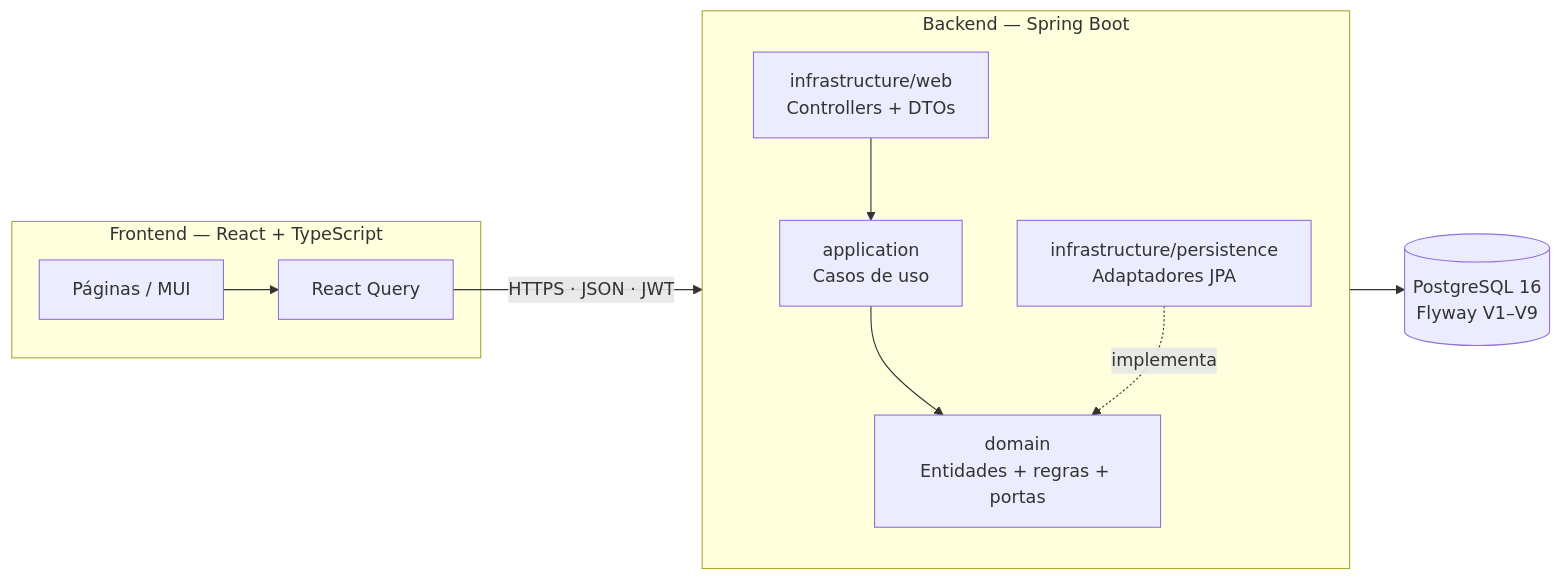
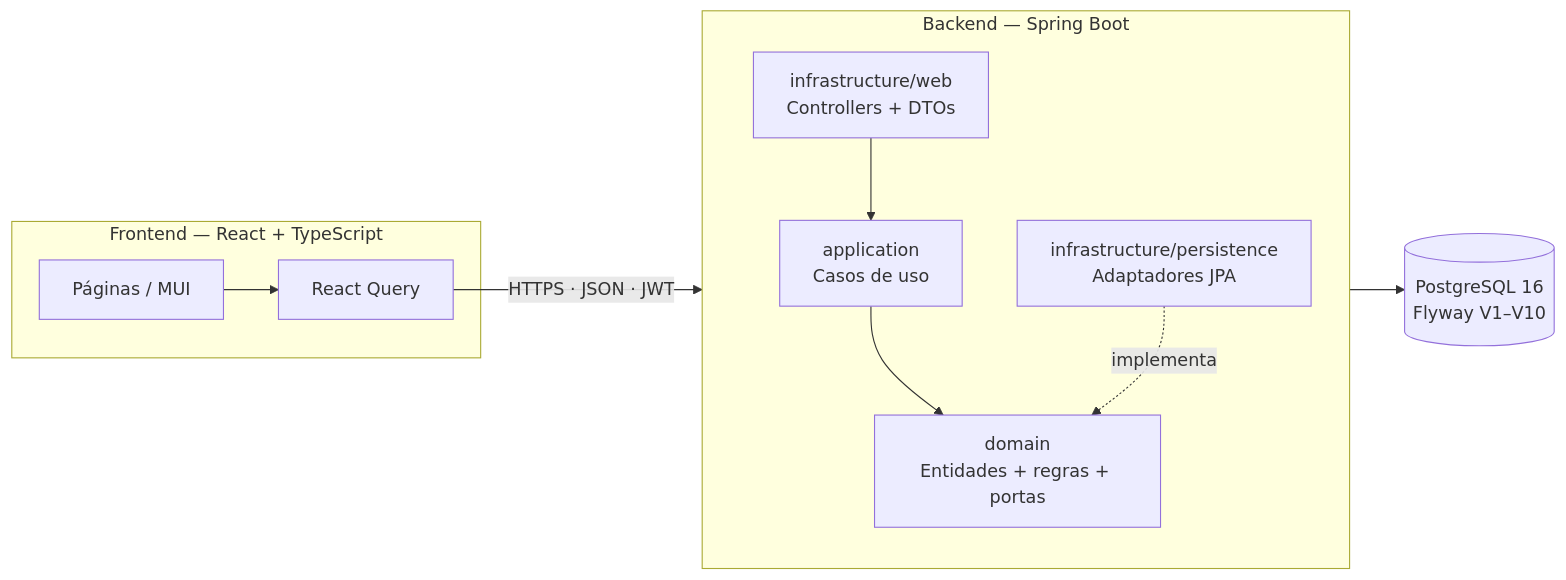
Before and after one commit to Krsoliveira/pcp-inteligente-producao: the first of 2 diagrams in README.md, drawn with Mermaid. The commit also changed other lines of this file and 52 other files, not shown here.

````diff
--- a/README.md
+++ b/README.md
@@ -81,14 +84,14 @@
 ```mermaid
 flowchart LR
     subgraph Frontend["Frontend — React + TypeScript"]
         UI[Páginas / MUI] --> RQ[React Query]
     end
     subgraph Backend["Backend — Spring Boot"]
         direction TB
         WEB[infrastructure/web<br/>Controllers + DTOs] --> APP[application<br/>Casos de uso]
         APP --> DOM[domain<br/>Entidades + regras + portas]
         JPA[infrastructure/persistence<br/>Adaptadores JPA] -. implementa .-> DOM
     end
     RQ -->|HTTPS · JSON · JWT| WEB
-    JPA --> DB[(PostgreSQL 16<br/>Flyway V1–V9)]
+    JPA --> DB[(PostgreSQL 16<br/>Flyway V1–V10)]
 ```
````
